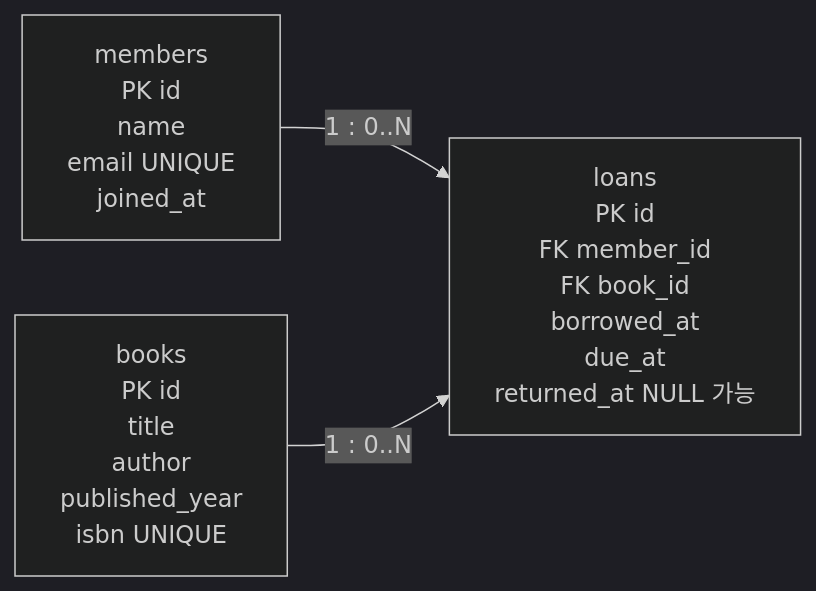
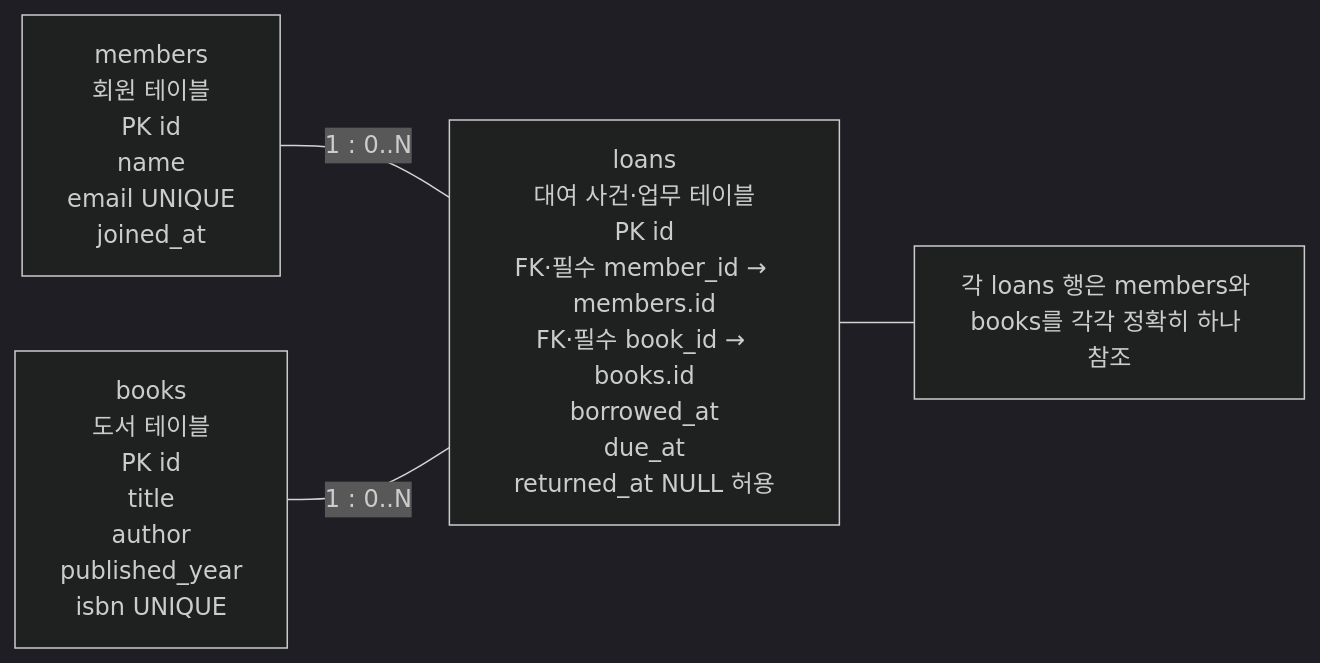
One commit to GilbertMoon/ai-database-book changed the diagram in images/chapter05/ch05_06_library_erd_overview.mmd. Above: the diagram before and after it, drawn with Mermaid (dark theme). The commit also changed 19 other files, not shown here.

```diff
--- a/images/chapter05/ch05_06_library_erd_overview.mmd
+++ b/images/chapter05/ch05_06_library_erd_overview.mmd
@@ -1,6 +1,11 @@
 flowchart LR
-    M[members<br/>PK id<br/>name<br/>email UNIQUE<br/>joined_at]
-    L[loans<br/>PK id<br/>FK member_id<br/>FK book_id<br/>borrowed_at<br/>due_at<br/>returned_at NULL 가능]
-    B[books<br/>PK id<br/>title<br/>author<br/>published_year<br/>isbn UNIQUE]
-    M -- "1 : 0..N" --> L
-    B -- "1 : 0..N" --> L
+    %% 선의 방향은 데이터 이동이 아니라 관계 배치를 위한 것임
+    M["members<br/>회원 테이블<br/>PK id<br/>name<br/>email UNIQUE<br/>joined_at"]
+    L["loans<br/>대여 사건·업무 테이블<br/>PK id<br/>FK·필수 member_id → members.id<br/>FK·필수 book_id → books.id<br/>borrowed_at<br/>due_at<br/>returned_at NULL 허용"]
+    B["books<br/>도서 테이블<br/>PK id<br/>title<br/>author<br/>published_year<br/>isbn UNIQUE"]
+
+    M -- "1 : 0..N" --- L
+    B -- "1 : 0..N" --- L
+
+    N["각 loans 행은 members와 books를 각각 정확히 하나 참조"]
+    L --- N
```
